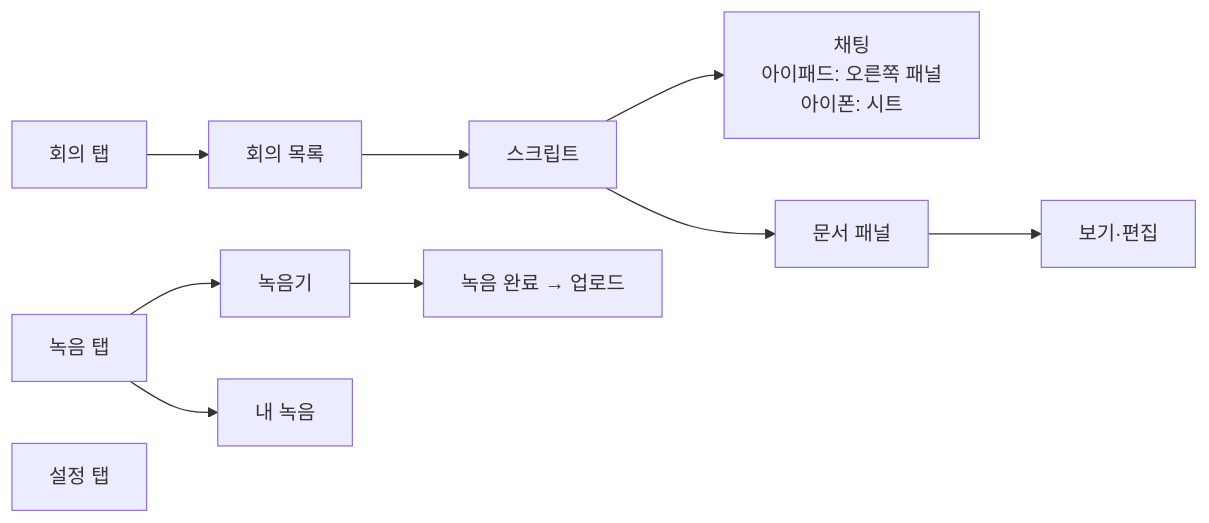
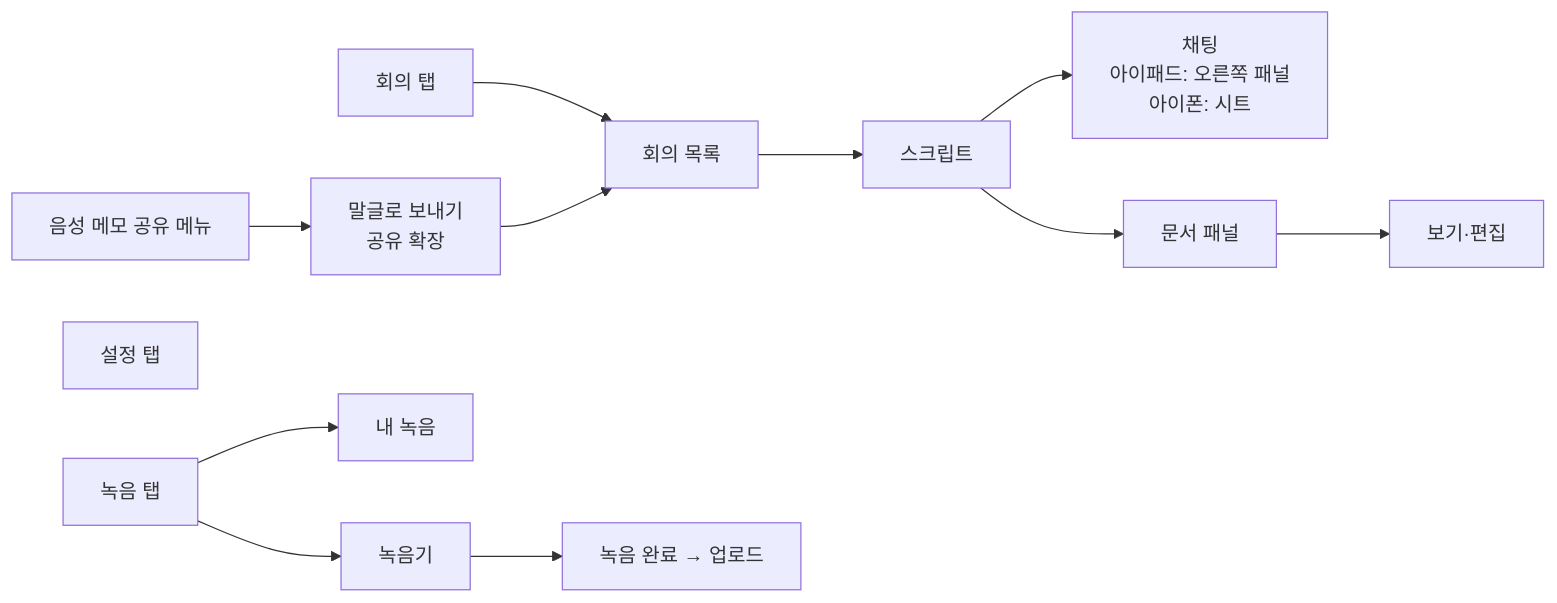
One commit to shin2012/malgeul-ios changed the diagram in README.md. Above: the diagram before and after it, drawn with Mermaid. The commit also changed other lines of this file and 35 other files, not shown here.

````diff
--- a/README.md
+++ b/README.md
@@ -36,12 +37,13 @@
 ```mermaid
 flowchart LR
     A[회의 탭] --> B[회의 목록]
     B --> C[스크립트]
     C --> D[채팅<br/>아이패드: 오른쪽 패널<br/>아이폰: 시트]
     C --> E[문서 패널]
     E --> F[보기·편집]
     G[녹음 탭] --> H[녹음기]
     H --> I[녹음 완료 → 업로드]
     G --> J[내 녹음]
     K[설정 탭]
+    L[음성 메모 공유 메뉴] --> M[말글로 보내기<br/>공유 확장] --> B
 ```
````
